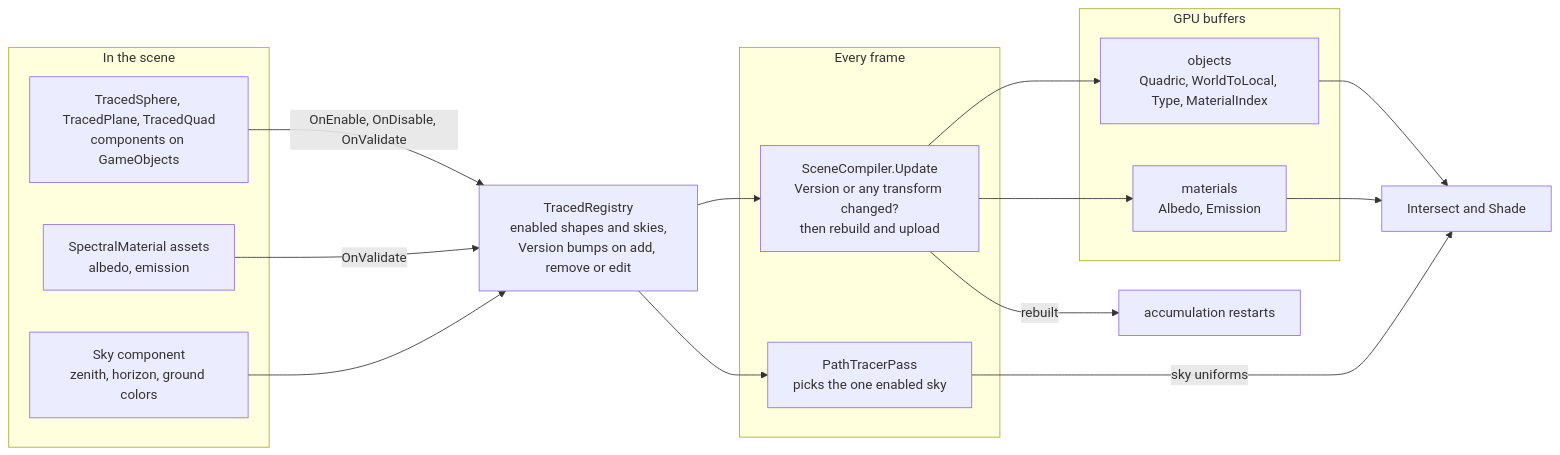
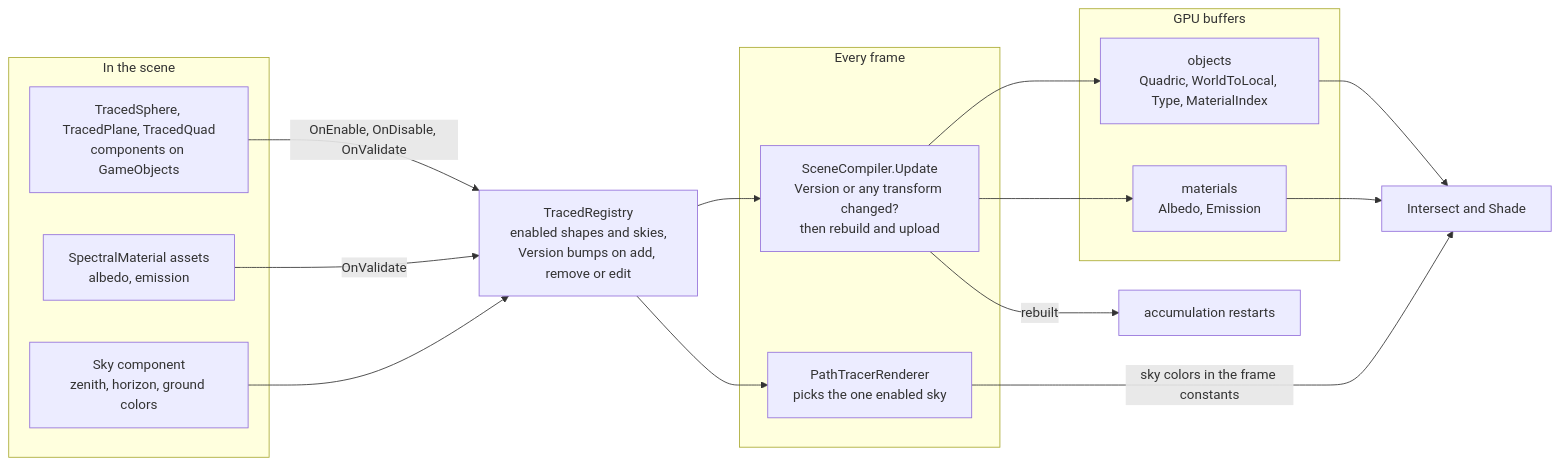
Before and after one commit to Privnoval016/SpectralPathTracer: the diagram in Assets/SpectralPathTracer/Runtime/Scene/README.md, drawn with Mermaid. The commit also changed 34 other files, not shown here.

First line of the commit message:
refactor(rendering): add RenderParams and one frame constant buffer

````diff
--- a/Assets/SpectralPathTracer/Runtime/Scene/README.md
+++ b/Assets/SpectralPathTracer/Runtime/Scene/README.md
@@ -6,32 +6,32 @@
 ```mermaid
 flowchart LR
     subgraph EDIT["In the scene"]
         shapes["TracedSphere, TracedPlane, TracedQuad<br/>components on GameObjects"]
         mats["SpectralMaterial assets<br/>albedo, emission"]
         sky["Sky component<br/>zenith, horizon, ground colors"]
     end
 
     reg["TracedRegistry<br/>enabled shapes and skies,<br/>Version bumps on add, remove or edit"]
 
     subgraph FRAME["Every frame"]
         comp["SceneCompiler.Update<br/>Version or any transform changed?<br/>then rebuild and upload"]
-        pass["PathTracerPass<br/>picks the one enabled sky"]
+        pass["PathTracerRenderer<br/>picks the one enabled sky"]
     end
 
     subgraph GPU["GPU buffers"]
         objs["objects<br/>Quadric, WorldToLocal, Type, MaterialIndex"]
         mtab["materials<br/>Albedo, Emission"]
     end
 
     shapes -- "OnEnable, OnDisable, OnValidate" --> reg
     mats -- "OnValidate" --> reg
     sky --> reg
     reg --> comp
     reg --> pass
     comp --> objs
     comp --> mtab
     objs --> kernels["Intersect and Shade"]
     mtab --> kernels
-    pass -- "sky uniforms" --> kernels
+    pass -- "sky colors in the frame constants" --> kernels
     comp -- "rebuilt" --> reset["accumulation restarts"]
 ```
````
